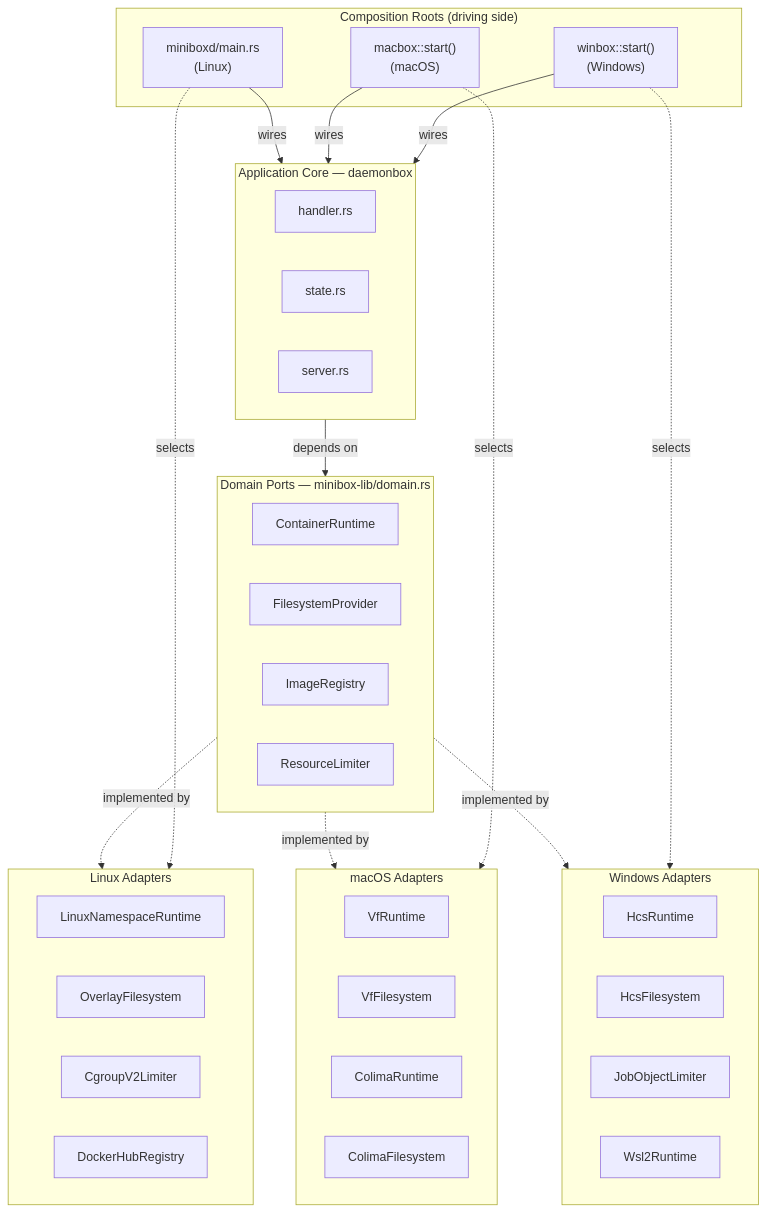
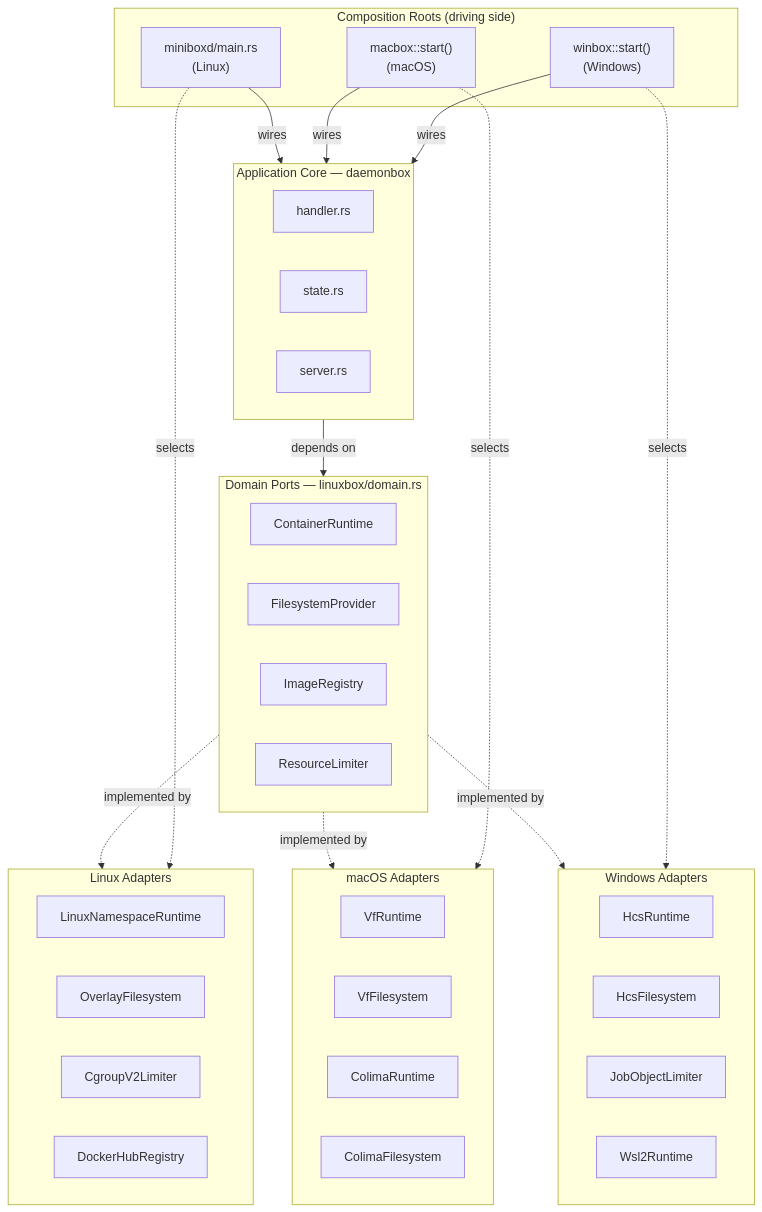
One commit to 89jobrien/minibox changed the diagram in docs/diagrams/hexagonal-architecture.md. Above: the diagram before and after it, drawn with Mermaid. The commit also changed other lines of this file and 125 other files, not shown here.

First line of the commit message:
refactor: rename minibox-lib crate to linuxbox

````diff
--- a/docs/diagrams/hexagonal-architecture.md
+++ b/docs/diagrams/hexagonal-architecture.md
@@ -50,56 +50,56 @@
 ```mermaid
 graph TB
     subgraph roots["Composition Roots (driving side)"]
         linux_root["miniboxd/main.rs\n(Linux)"]
         mac_root["macbox::start()\n(macOS)"]
         win_root["winbox::start()\n(Windows)"]
     end
 
     subgraph core["Application Core — daemonbox"]
         handler["handler.rs"]
         state["state.rs"]
         server["server.rs"]
     end
 
-    subgraph ports["Domain Ports — minibox-lib/domain.rs"]
+    subgraph ports["Domain Ports — linuxbox/domain.rs"]
         runtime_trait["ContainerRuntime"]
         fs_trait["FilesystemProvider"]
         registry_trait["ImageRegistry"]
         limiter_trait["ResourceLimiter"]
     end
 
     subgraph adapters_linux["Linux Adapters"]
         ln_rt["LinuxNamespaceRuntime"]
         ln_fs["OverlayFilesystem"]
         ln_lim["CgroupV2Limiter"]
         ln_reg["DockerHubRegistry"]
     end
 
     subgraph adapters_mac["macOS Adapters"]
         vf_rt["VfRuntime"]
         vf_fs["VfFilesystem"]
         col_rt["ColimaRuntime"]
         col_fs["ColimaFilesystem"]
     end
 
     subgraph adapters_win["Windows Adapters"]
         hcs_rt["HcsRuntime"]
         hcs_fs["HcsFilesystem"]
         job_lim["JobObjectLimiter"]
         wsl_rt["Wsl2Runtime"]
     end
 
     linux_root -->|"wires"| core
     mac_root -->|"wires"| core
     win_root -->|"wires"| core
 
     core -->|"depends on"| ports
 
     ports -.->|"implemented by"| adapters_linux
     ports -.->|"implemented by"| adapters_mac
     ports -.->|"implemented by"| adapters_win
 
     linux_root -.->|"selects"| adapters_linux
     mac_root -.->|"selects"| adapters_mac
     win_root -.->|"selects"| adapters_win
 ```
````
